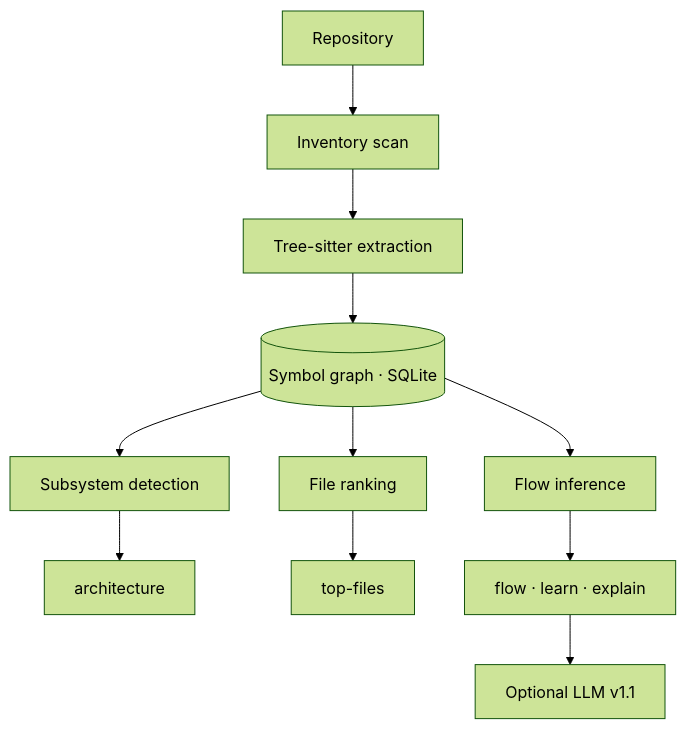
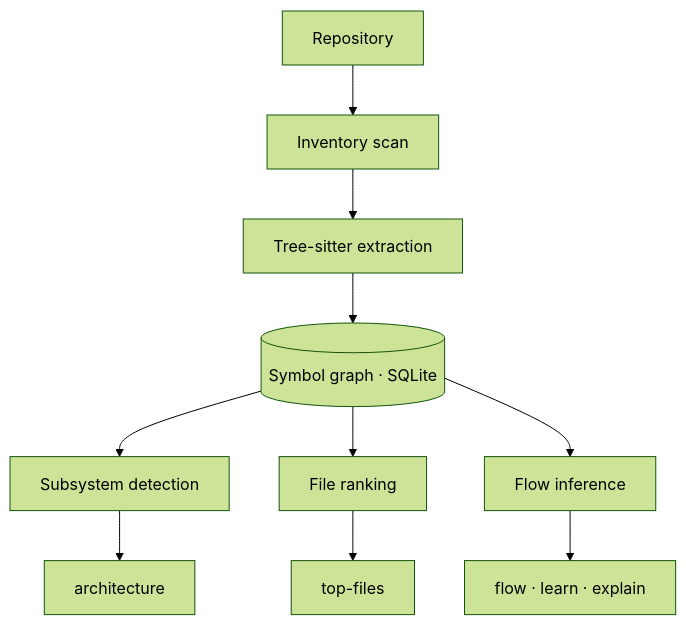
Before and after one commit to rohan1903/atlas: the diagram in README.md, drawn with Mermaid (forest theme). The commit also changed other lines of this file and 31 other files, not shown here.

````diff
--- a/README.md
+++ b/README.md
@@ -247,13 +247,12 @@
 ```mermaid
 flowchart TD
     repo[Repository] --> scan[Inventory scan]
     scan --> parse[Tree-sitter extraction]
     parse --> symgraph[(Symbol graph · SQLite)]
     symgraph --> sub[Subsystem detection]
     symgraph --> rank[File ranking]
     symgraph --> flow[Flow inference]
     sub --> arch[architecture]
     rank --> top[top-files]
     flow --> intel[flow · learn · explain]
-    intel --> llm[Optional LLM v1.1]
 ```
````
